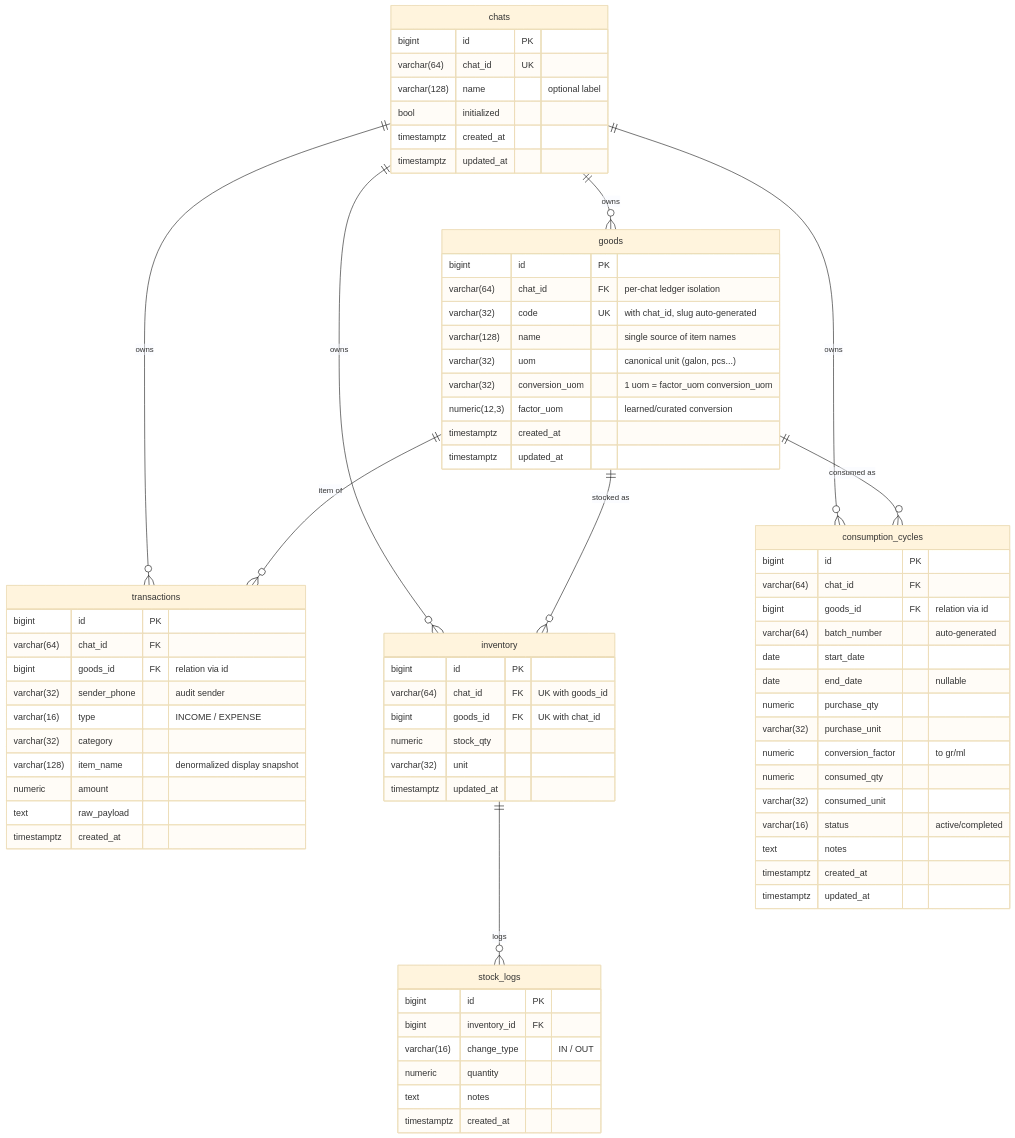
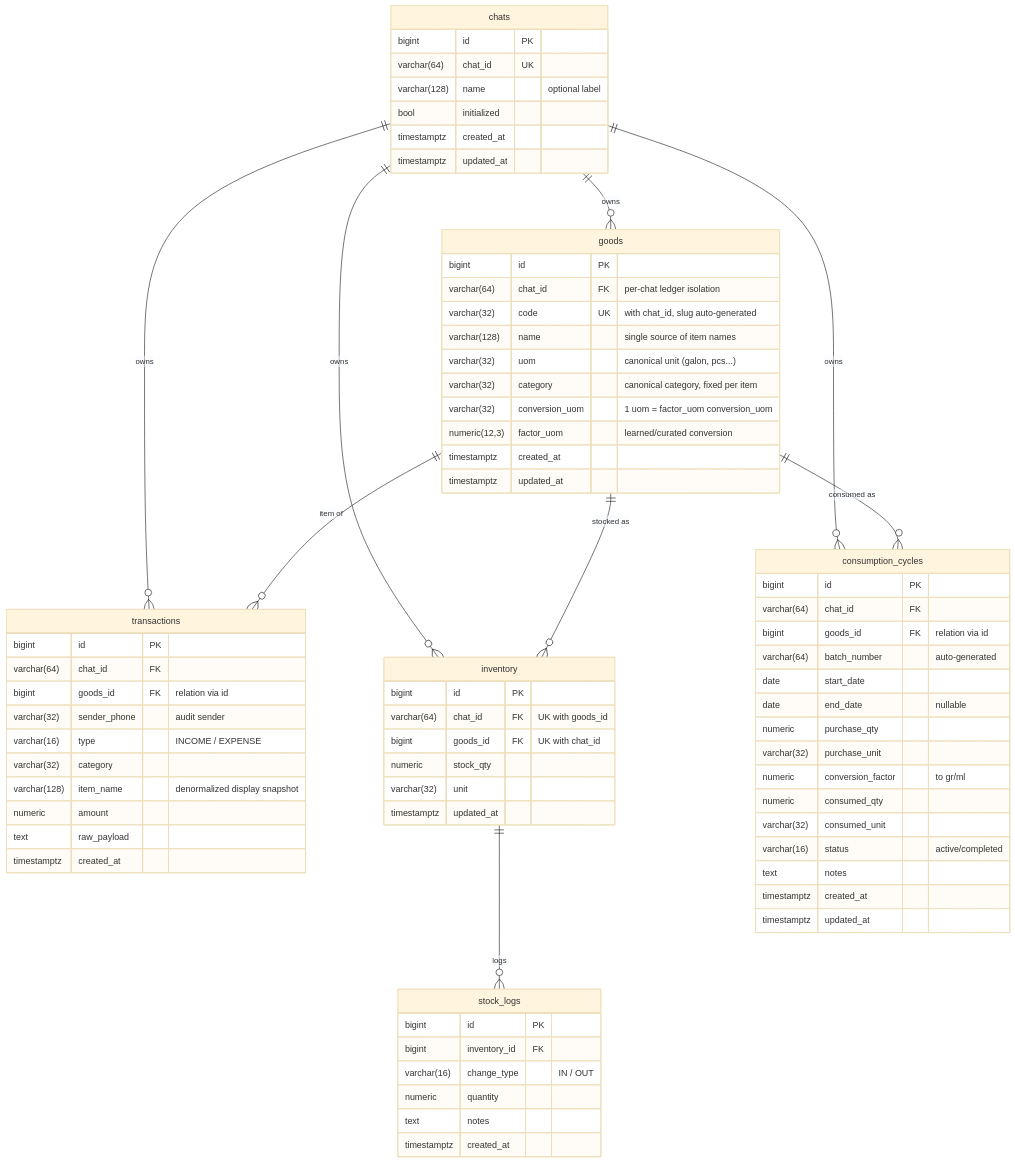
The fourth of 4 diagrams in README.md (skyapps-id/smart-ledger-agent), drawn with Mermaid (base theme) before and after one commit. The commit also changed other lines of this file and 10 other files, not shown here.

First line of the commit message:
Add goods agent with canonical category; category fixed on master

````diff
--- a/README.md
+++ b/README.md
@@ -337,76 +338,77 @@
 ```mermaid
 erDiagram
     chats ||--o{ goods : owns
     chats ||--o{ transactions : owns
     chats ||--o{ inventory : owns
     chats ||--o{ consumption_cycles : owns
     goods ||--o{ transactions : "item of"
     goods ||--o{ inventory : "stocked as"
     goods ||--o{ consumption_cycles : "consumed as"
     inventory ||--o{ stock_logs : logs
 
     chats {
         bigint id PK
         varchar(64) chat_id UK
         varchar(128) name "optional label"
         bool initialized
         timestamptz created_at
         timestamptz updated_at
     }
     goods {
         bigint id PK
         varchar(64) chat_id FK "per-chat ledger isolation"
         varchar(32) code UK "with chat_id, slug auto-generated"
         varchar(128) name "single source of item names"
         varchar(32) uom "canonical unit (galon, pcs...)"
+        varchar(32) category "canonical category, fixed per item"
         varchar(32) conversion_uom "1 uom = factor_uom conversion_uom"
         numeric(12,3) factor_uom "learned/curated conversion"
         timestamptz created_at
         timestamptz updated_at
     }
     transactions {
         bigint id PK
         varchar(64) chat_id FK
         bigint goods_id FK "relation via id"
         varchar(32) sender_phone "audit sender"
         varchar(16) type "INCOME / EXPENSE"
         varchar(32) category
         varchar(128) item_name "denormalized display snapshot"
         numeric amount
         text raw_payload
         timestamptz created_at
     }
     inventory {
         bigint id PK
         varchar(64) chat_id FK "UK with goods_id"
         bigint goods_id FK "UK with chat_id"
         numeric stock_qty
         varchar(32) unit
         timestamptz updated_at
     }
     stock_logs {
         bigint id PK
         bigint inventory_id FK
         varchar(16) change_type "IN / OUT"
         numeric quantity
         text notes
         timestamptz created_at
     }
     consumption_cycles {
         bigint id PK
         varchar(64) chat_id FK
         bigint goods_id FK "relation via id"
         varchar(64) batch_number "auto-generated"
         date start_date
         date end_date "nullable"
         numeric purchase_qty
         varchar(32) purchase_unit
         numeric conversion_factor "to gr/ml"
         numeric consumed_qty
         varchar(32) consumed_unit
         varchar(16) status "active/completed"
         text notes
         timestamptz created_at
         timestamptz updated_at
     }
 ```
````
